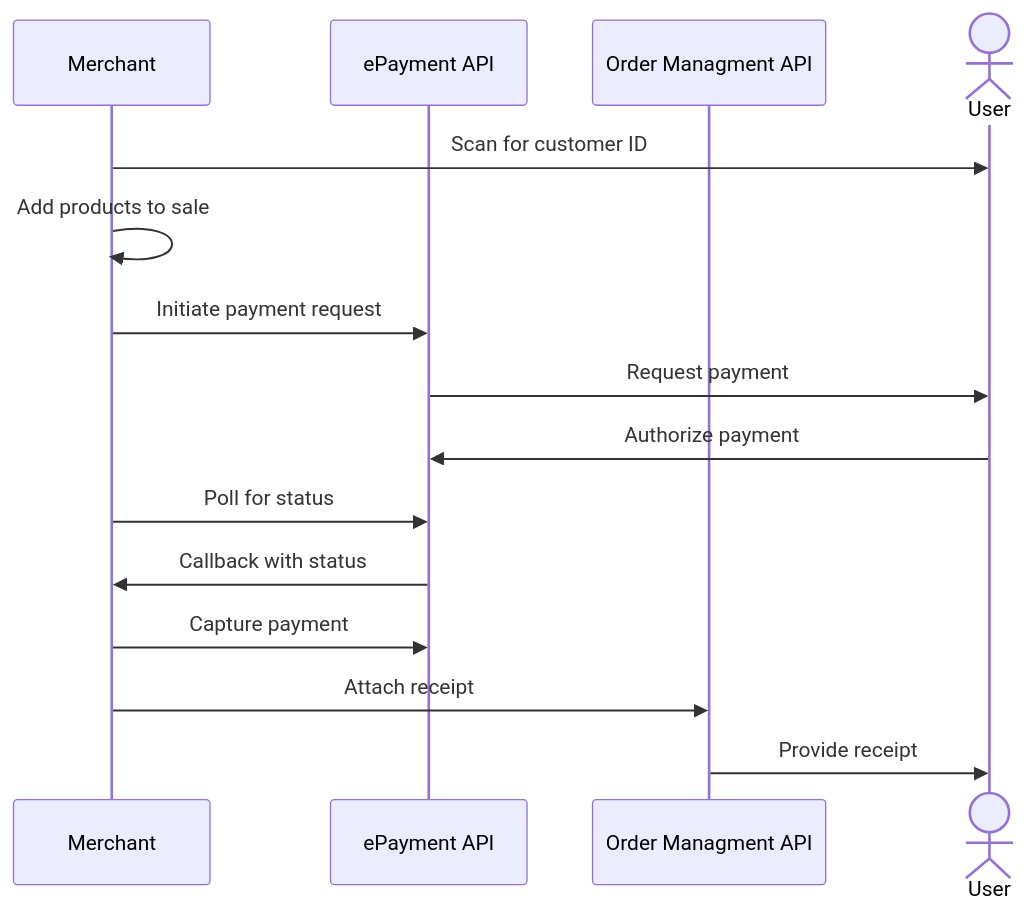
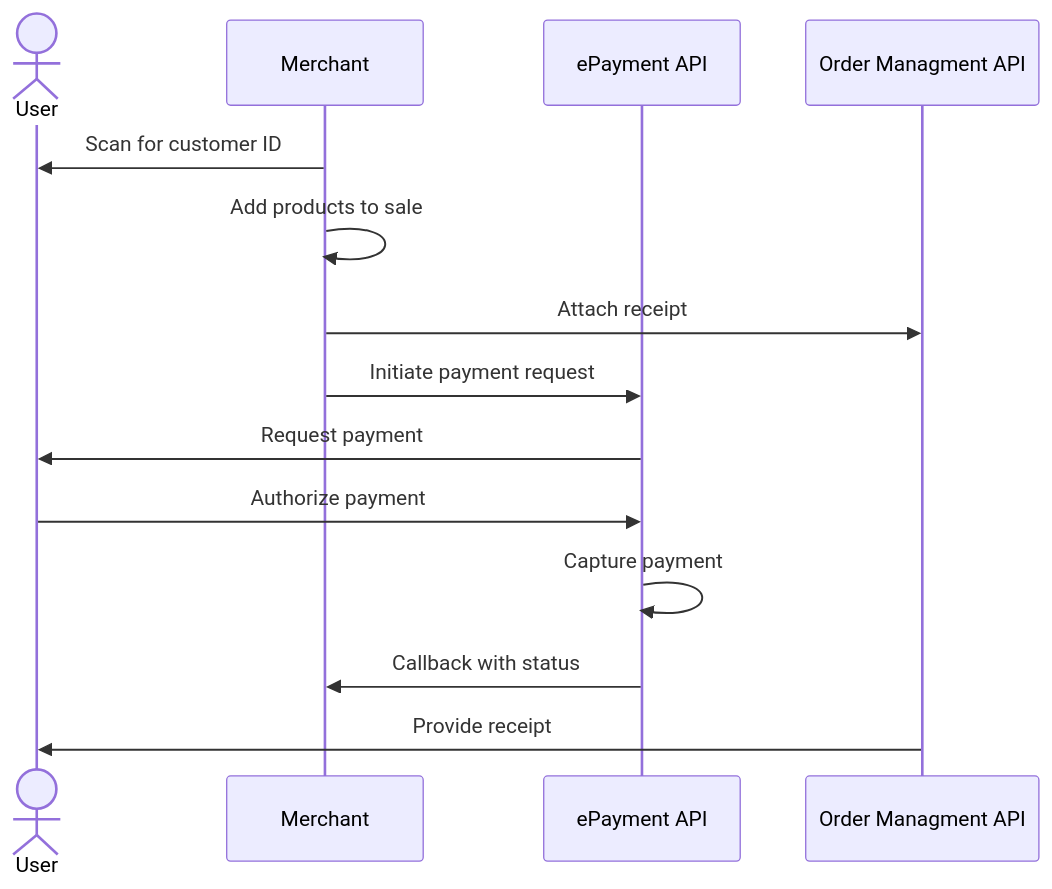
One commit to vippsas/vipps-solutions changed the diagram in in-store/README.md. Above: the diagram before and after it, drawn with Mermaid. The commit also changed other lines of this file and 1 other file, not shown here.

Commit message:
Updates to sequence diagram (#68)

````diff
--- a/in-store/README.md
+++ b/in-store/README.md
@@ -115,17 +115,16 @@
 ``` mermaid
 sequenceDiagram
+    actor U as User
     participant M as Merchant
     participant ePayment as ePayment API
     participant ordermanagement as Order Managment API
-    actor U as User
     M->>U: Scan for customer ID
     M->>M: Add products to sale
+    M->> ordermanagement: Attach receipt
     M->>ePayment: Initiate payment request
     ePayment->>U: Request payment
     U->>ePayment: Authorize payment
-    M->>ePayment: Poll for status
+    ePayment->>ePayment: Capture payment
     ePayment->>M: Callback with status
-    M->>ePayment: Capture payment
-    M->> ordermanagement: Attach receipt
     ordermanagement->>U: Provide receipt
 ```
````
